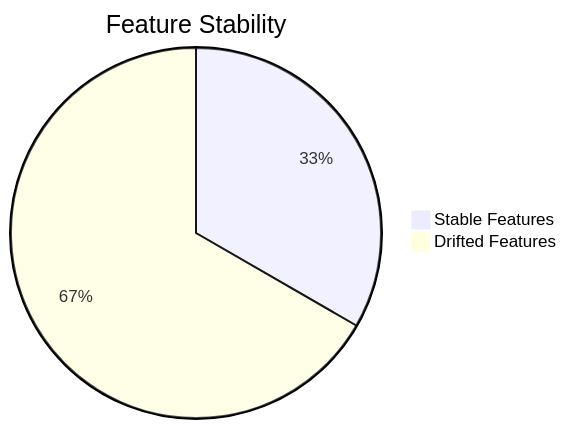
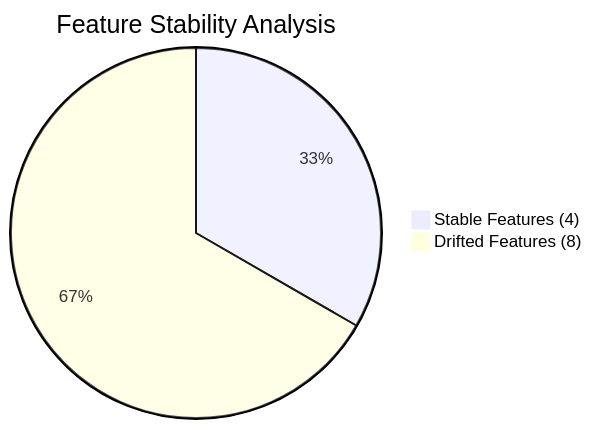
One commit to sai-ganesh-4539/StatVault changed the ninth of 11 diagrams in Match_Prediction_Intelligence.md. Above: the diagram before and after it, drawn with Mermaid. The commit also changed other lines of this file, not shown here.

````diff
--- a/Match_Prediction_Intelligence.md
+++ b/Match_Prediction_Intelligence.md
@@ -335,6 +355,7 @@
 ```mermaid
-pie title Feature Stability
+pie title Feature Stability Analysis
 
-"Stable Features" : 4
-"Drifted Features" : 8
+"Stable Features (4)" : 4
+
+"Drifted Features (8)" : 8
 ```
````
